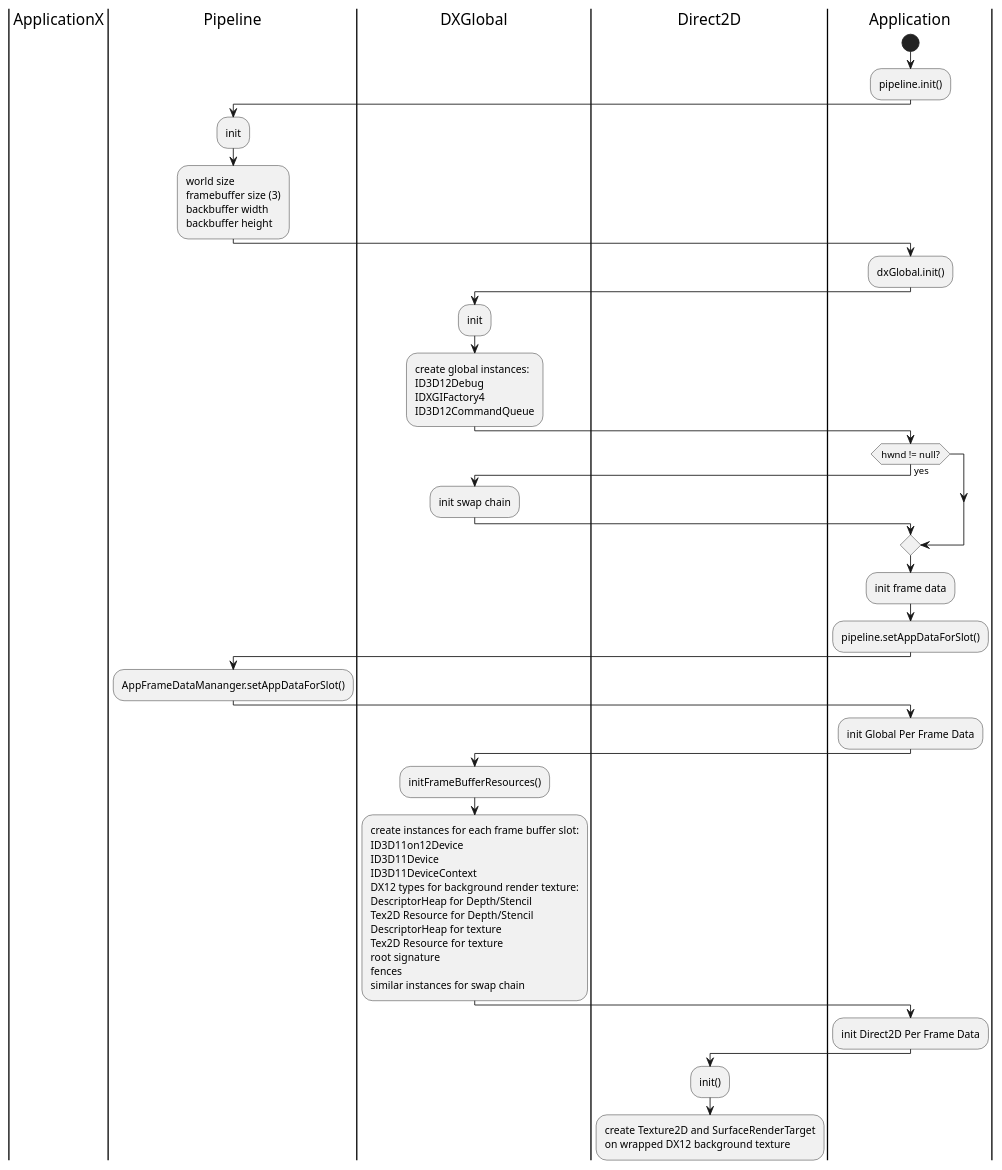
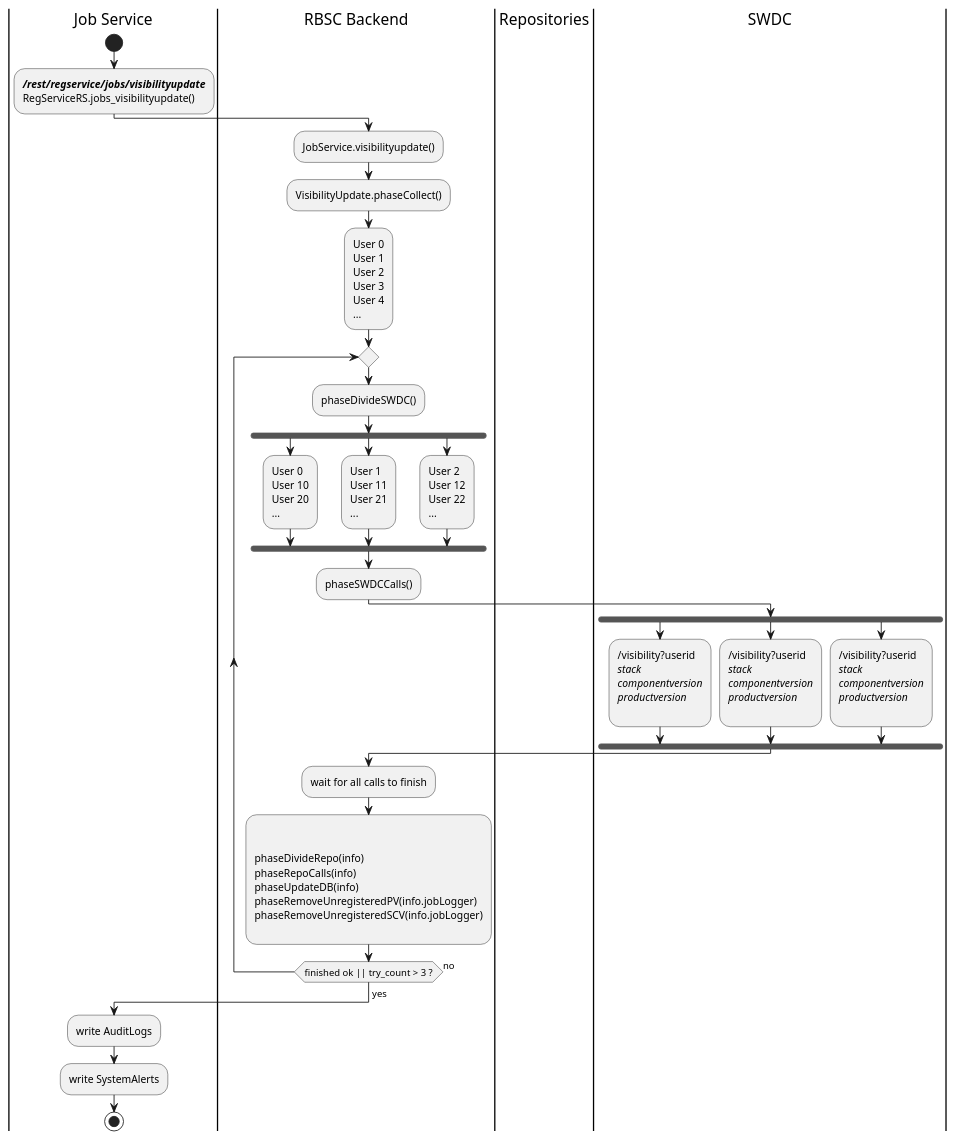
Before and after one commit to ClemensX/ShadedPath12: the diagram in README_ARCH.md, drawn with PlantUML. The commit also changed other lines of this file, not shown here.

````diff
--- a/README_ARCH.md
+++ b/README_ARCH.md
@@ -8,57 +8,76 @@
 ```plantuml
 @startuml
-|ApplicationX|
-|Pipeline|
-|DXGlobal|
-|Direct2D|
-    |Application|
+|Job Service|
+|RBSC Backend|
+|Repositories|
+|SWDC|
+    |Job Service|
     start
-    :pipeline.init();
-    |Pipeline|
-    :init;
-    :world size
-    framebuffer size (3)
-    backbuffer width
-    backbuffer height;
-    |Application|
-    :dxGlobal.init();
-    |DXGlobal|
-    :init;
-    :create global instances:
-    ID3D12Debug
-    IDXGIFactory4
-    ID3D12CommandQueue;
-    |Application|
-    if (hwnd != null?) then (yes)
-        |DXGlobal|
-        :init swap chain;
-    endif
-    |Application|
-    :init frame data;
-    :pipeline.setAppDataForSlot();
-    |Pipeline|
-    :AppFrameDataMananger.setAppDataForSlot();
-    |Application|
-    :init Global Per Frame Data;
-    |DXGlobal|
-    :initFrameBufferResources();
-    :create instances for each frame buffer slot:
-    ID3D11on12Device
-    ID3D11Device
-    ID3D11DeviceContext
-    DX12 types for background render texture:
-    DescriptorHeap for Depth/Stencil
-    Tex2D Resource for Depth/Stencil
-    DescriptorHeap for texture
-    Tex2D Resource for texture
-    root signature
-    fences
-    similar instances for swap chain;
-    |Application|
-    :init Direct2D Per Frame Data;
-    |Direct2D|
-    :init();
-    :create Texture2D and SurfaceRenderTarget
-    on wrapped DX12 background texture;
+    ://**/rest/regservice/jobs/visibilityupdate**//
+    RegServiceRS.jobs_visibilityupdate();
+    |RBSC Backend|
+    :JobService.visibilityupdate();
+    :VisibilityUpdate.phaseCollect();
+        :User 0
+        User 1
+        User 2
+        User 3
+        User 4
+        ...;
+    repeat
+    :phaseDivideSWDC();
+    fork
+        :User 0
+        User 10
+        User 20
+        ...;
+    fork again
+        :User 1
+        User 11
+        User 21
+        ...;
+    fork again
+        :User 2
+        User 12
+        User 22
+        ...;
+    end fork
+    :phaseSWDCCalls();
+    |SWDC|
+    fork
+        :/visibility?userid
+        //stack//
+        //componentversion//
+        //productversion//
+        ;
+    fork again
+        :/visibility?userid
+        //stack//
+        //componentversion//
+        //productversion//
+        ;
+    fork again
+        :/visibility?userid
+        //stack//
+        //componentversion//
+        //productversion//
+        ;
+    end fork
+    |RBSC Backend|
+    :wait for all calls to finish;
+        :
+				
+				phaseDivideRepo(info)
+				phaseRepoCalls(info)
+				phaseUpdateDB(info)
+				phaseRemoveUnregisteredPV(info.jobLogger)
+				phaseRemoveUnregisteredSCV(info.jobLogger)
+        ;
+    repeat while (finished ok || try_count > 3 ?) is (no)
+    ->yes;
+    |Job Service|
+    :write AuditLogs;
+    :write SystemAlerts;
+    stop
 @enduml
 ```
````
